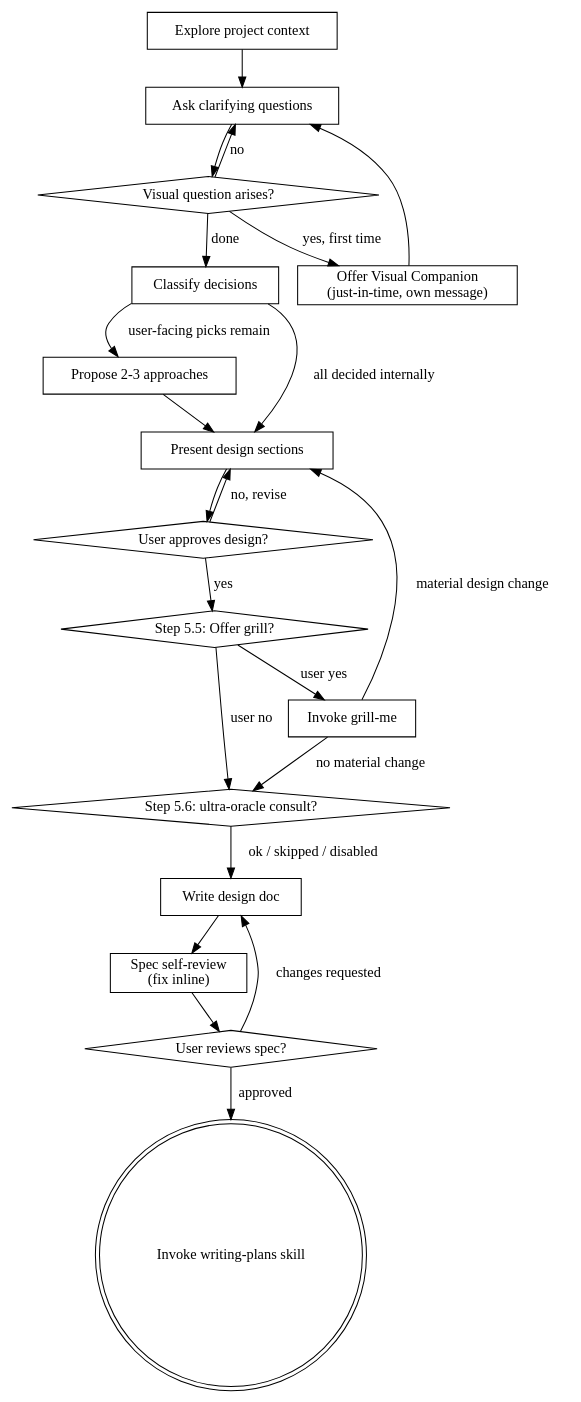
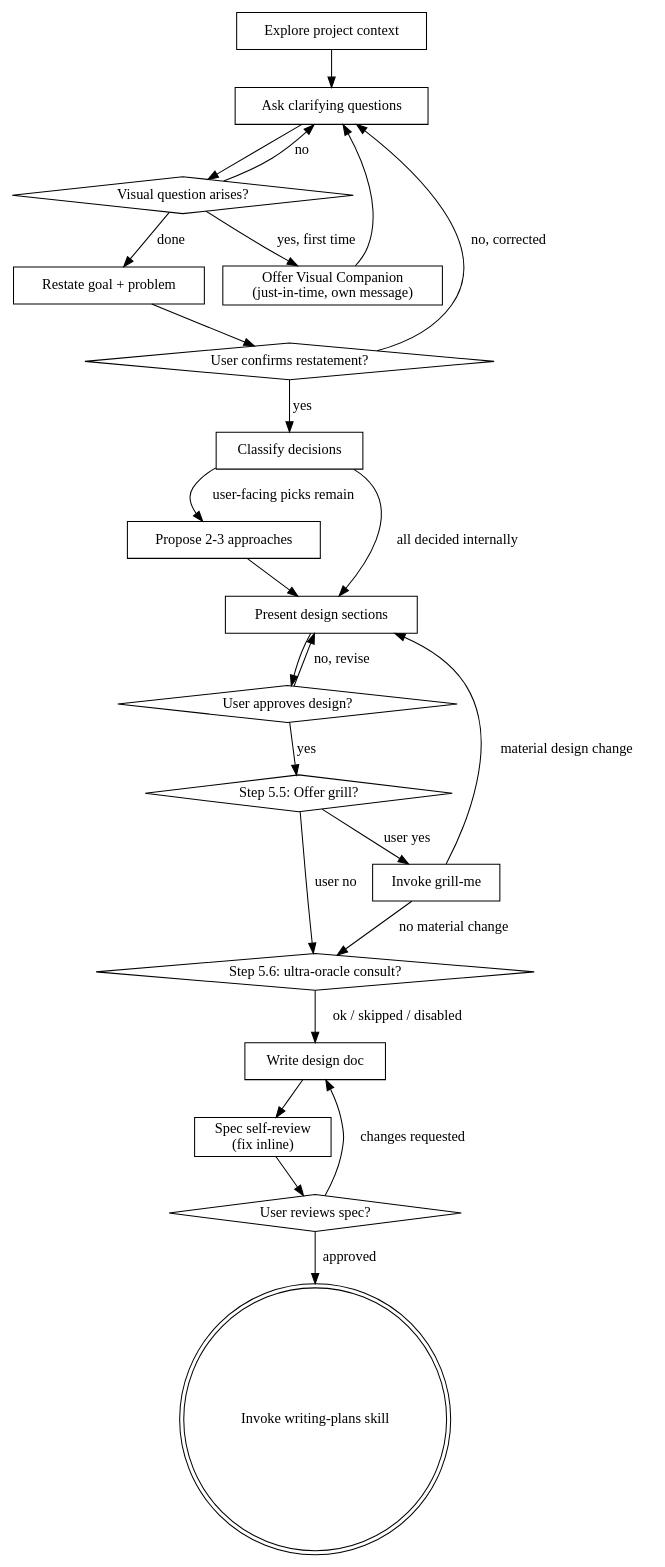
Before and after one commit to chris-yyau/busdriver: the diagram in skills/brainstorming/SKILL.md, drawn with Graphviz. The commit also changed other lines of this file and 1 other file, not shown here.

Commit message:
feat(skills): restate goal and problem before proposing or resuming
Brainstorming gains Step 2.5: after clarifying questions and before
proposing approaches, restate the user's goal and the problem as two
separate items and wait for confirmation; a correction returns to Step 2.
resume-session's briefing adds PROBLEM WE'RE SOLVING alongside
WHAT WE'RE BUILDING, so a resumed session confirms the problem as well
as the goal.

````diff
--- a/skills/brainstorming/SKILL.md
+++ b/skills/brainstorming/SKILL.md
@@ -46,41 +47,46 @@
 ```dot
 digraph brainstorming {
     "Explore project context" [shape=box];
     "Visual question arises?" [shape=diamond];
     "Offer Visual Companion\n(just-in-time, own message)" [shape=box];
     "Ask clarifying questions" [shape=box];
+    "Restate goal + problem" [shape=box];
+    "User confirms restatement?" [shape=diamond];
     "Classify decisions" [shape=box];
     "Propose 2-3 approaches" [shape=box];
     "Present design sections" [shape=box];
     "User approves design?" [shape=diamond];
     "Step 5.5: Offer grill?" [shape=diamond];
     "Invoke grill-me" [shape=box];
     "Step 5.6: ultra-oracle consult?" [shape=diamond];
     "Write design doc" [shape=box];
     "Spec self-review\n(fix inline)" [shape=box];
     "User reviews spec?" [shape=diamond];
     "Invoke writing-plans skill" [shape=doublecircle];
 
     "Explore project context" -> "Ask clarifying questions";
     "Ask clarifying questions" -> "Visual question arises?";
     "Visual question arises?" -> "Offer Visual Companion\n(just-in-time, own message)" [label="yes, first time"];
     "Offer Visual Companion\n(just-in-time, own message)" -> "Ask clarifying questions";
     "Visual question arises?" -> "Ask clarifying questions" [label="no"];
-    "Visual question arises?" -> "Classify decisions" [label="done"];
+    "Visual question arises?" -> "Restate goal + problem" [label="done"];
+    "Restate goal + problem" -> "User confirms restatement?";
+    "User confirms restatement?" -> "Ask clarifying questions" [label="no, corrected"];
+    "User confirms restatement?" -> "Classify decisions" [label="yes"];
     "Classify decisions" -> "Propose 2-3 approaches" [label="user-facing picks remain"];
     "Classify decisions" -> "Present design sections" [label="all decided internally"];
     "Propose 2-3 approaches" -> "Present design sections";
     "Present design sections" -> "User approves design?";
     "User approves design?" -> "Present design sections" [label="no, revise"];
     "User approves design?" -> "Step 5.5: Offer grill?" [label="yes"];
     "Step 5.5: Offer grill?" -> "Invoke grill-me" [label="user yes"];
     "Step 5.5: Offer grill?" -> "Step 5.6: ultra-oracle consult?" [label="user no"];
     "Invoke grill-me" -> "Present design sections" [label="material design change"];
     "Invoke grill-me" -> "Step 5.6: ultra-oracle consult?" [label="no material change"];
     "Step 5.6: ultra-oracle consult?" -> "Write design doc" [label="ok / skipped / disabled"];
     "Write design doc" -> "Spec self-review\n(fix inline)";
     "Spec self-review\n(fix inline)" -> "User reviews spec?";
     "User reviews spec?" -> "Write design doc" [label="changes requested"];
     "User reviews spec?" -> "Invoke writing-plans skill" [label="approved"];
 }
 ```
````
